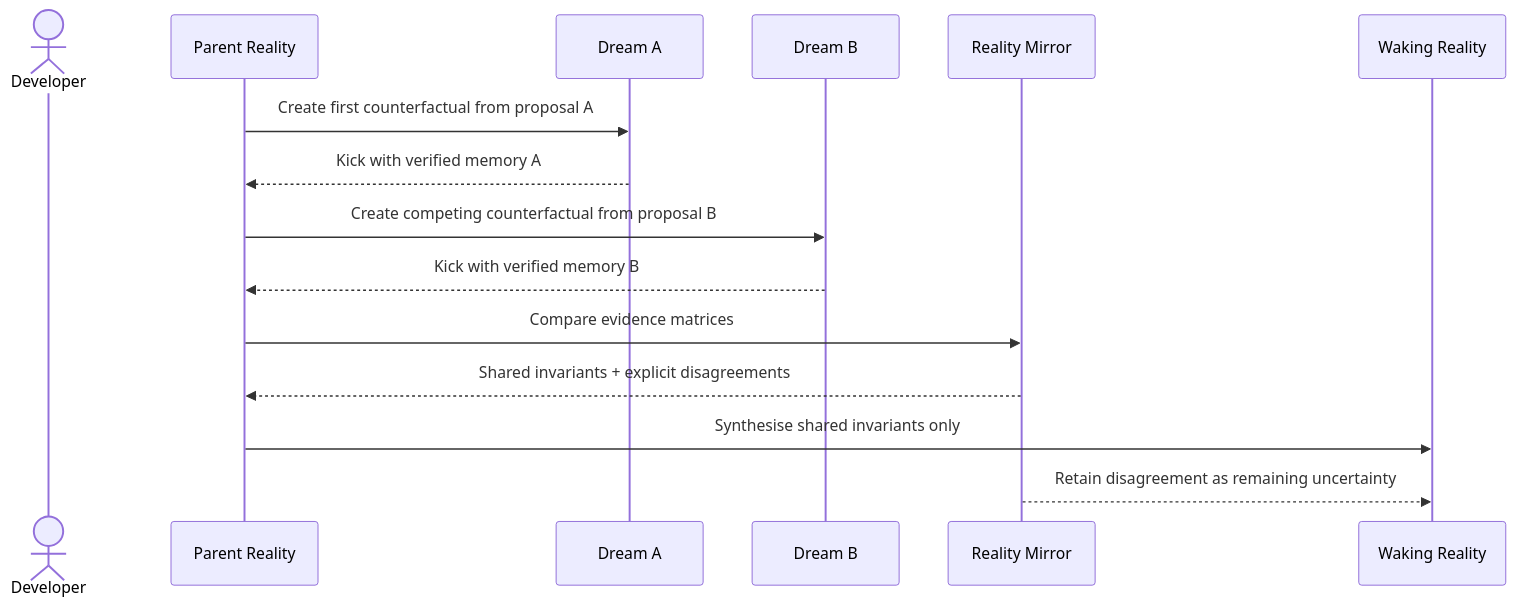
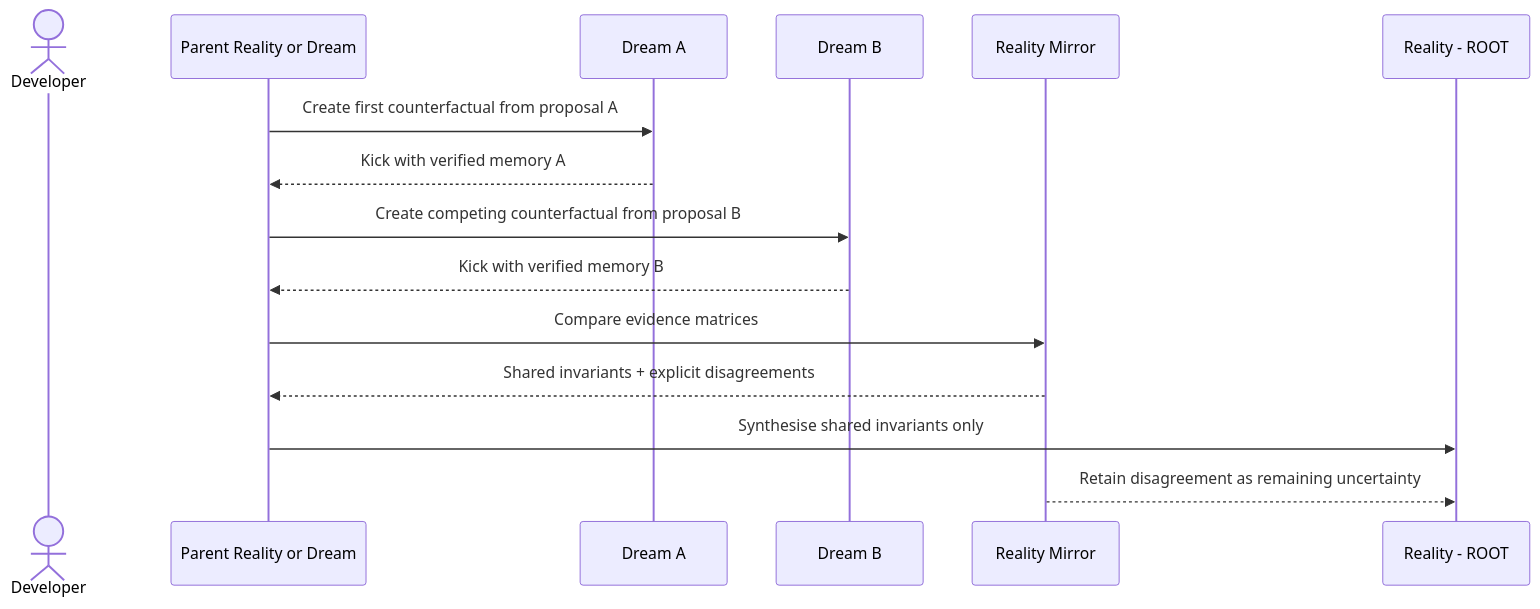
One commit to alangunning/inception-reality-engine changed the fifth of 6 diagrams in docs/RUNTIME_FLOWS.md. Above: the diagram before and after it, drawn with Mermaid. The commit also changed other lines of this file and 67 other files, not shown here.

````diff
--- a/docs/RUNTIME_FLOWS.md
+++ b/docs/RUNTIME_FLOWS.md
@@ -170,18 +170,18 @@
 ```mermaid
 sequenceDiagram
   actor Developer
-  participant P as Parent Reality
+  participant P as Parent Reality or Dream
   participant A as Dream A
   participant B as Dream B
   participant M as Reality Mirror
-  participant W as Waking Reality
+  participant W as Reality - ROOT
 
   P->>A: Create first counterfactual from proposal A
   A-->>P: Kick with verified memory A
   P->>B: Create competing counterfactual from proposal B
   B-->>P: Kick with verified memory B
   P->>M: Compare evidence matrices
   M-->>P: Shared invariants + explicit disagreements
   P->>W: Synthesise shared invariants only
   M-->>W: Retain disagreement as remaining uncertainty
 ```
````
